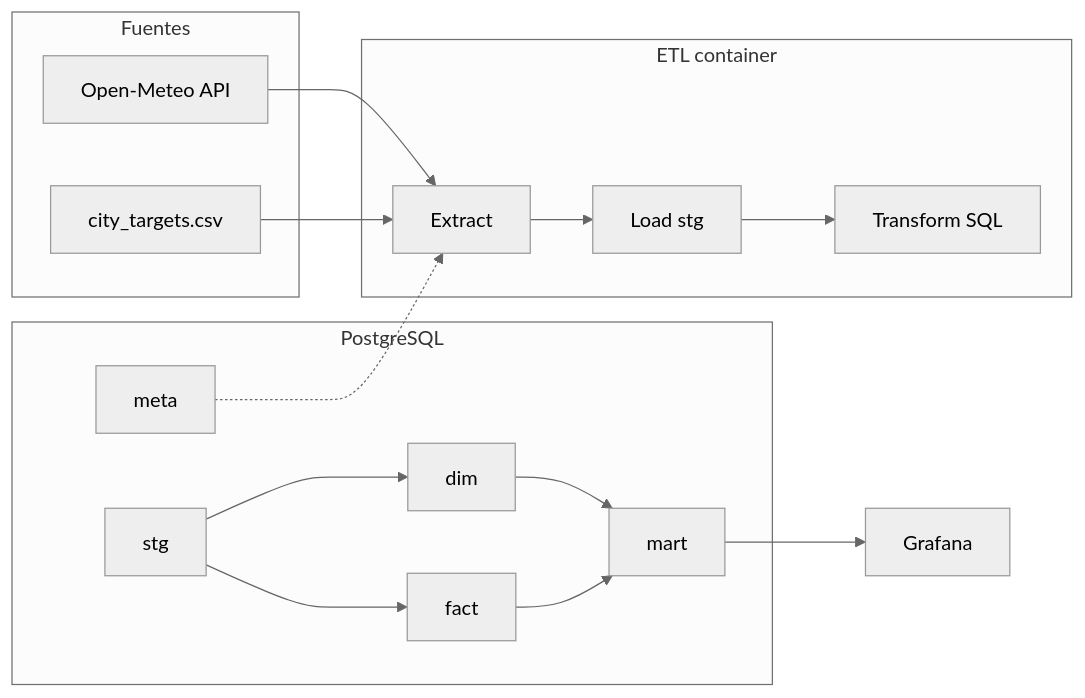
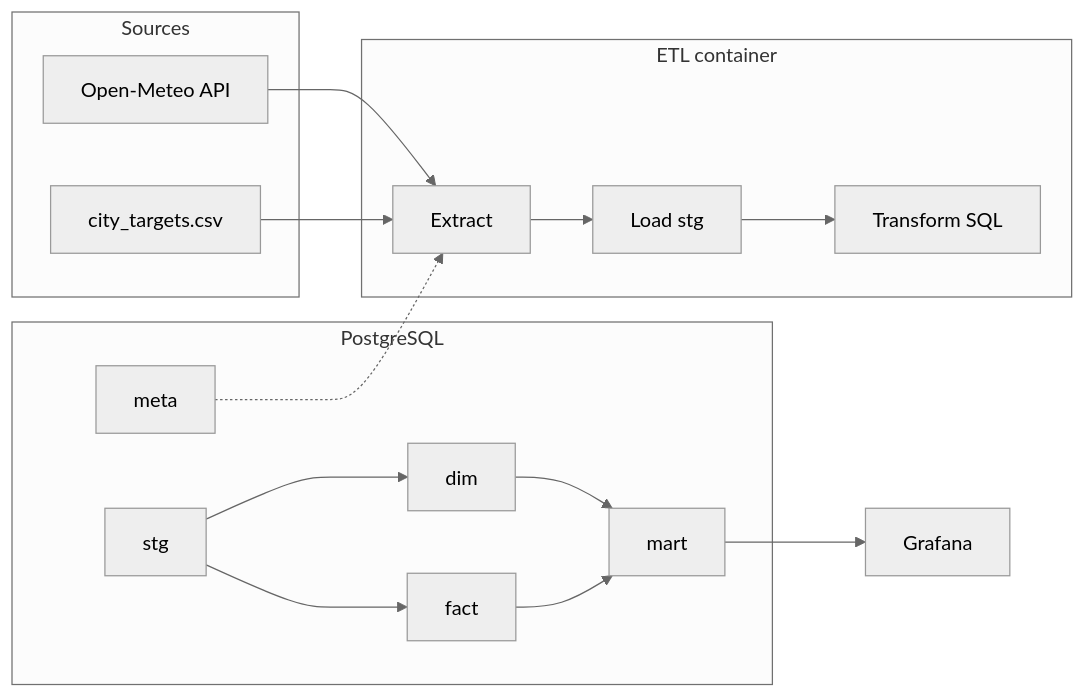
Before and after one commit to scapingerman/skypin-weather: the diagram in ROADMAP.md, drawn with Mermaid (neutral theme). The commit also changed other lines of this file and 3 other files, not shown here.

First line of the commit message:
docs: translate README, ROADMAP, and Grafana panel titles to English

````diff
--- a/ROADMAP.md
+++ b/ROADMAP.md
@@ -78,28 +78,28 @@
 ```mermaid
 flowchart LR
-  subgraph sources[Fuentes]
+  subgraph sources[Sources]
     API[Open-Meteo API]
     CSV[city_targets.csv]
   end
   subgraph etl[ETL container]
     E[Extract]
     L[Load stg]
     T[Transform SQL]
     E --> L --> T
   end
   subgraph warehouse[PostgreSQL]
     STG[stg]
     DIM[dim]
     FACT[fact]
     MART[mart]
     META[meta]
     STG --> DIM
     STG --> FACT
     DIM --> MART
     FACT --> MART
     META -.-> E
   end
   API --> E
   CSV --> E
   MART --> GF[Grafana]
 ```
````
